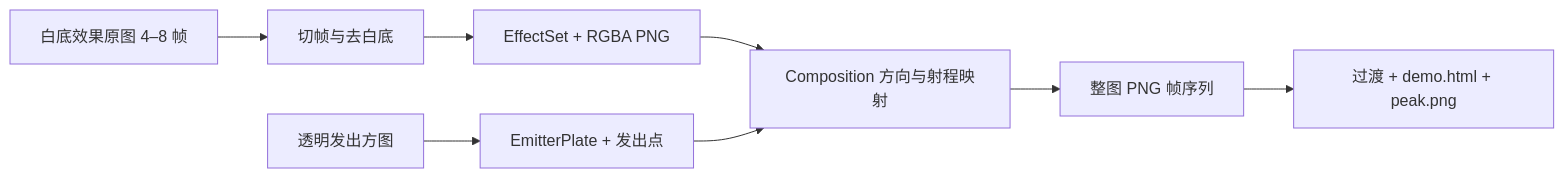
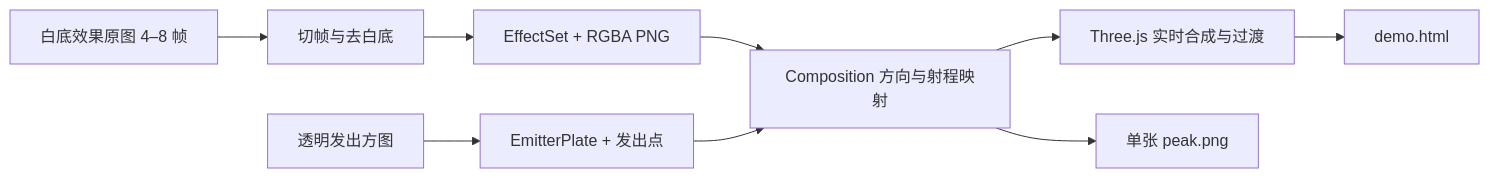
Before and after one commit to radarxc/jinyongqunxia: the diagram in docs/design/23-projection-vfx-pipeline.md, drawn with Mermaid. The commit also changed other lines of this file and 37 other files, not shown here.

````diff
--- a/docs/design/23-projection-vfx-pipeline.md
+++ b/docs/design/23-projection-vfx-pipeline.md
@@ -29,10 +29,11 @@
 ```mermaid
 flowchart LR
   A[白底效果原图 4–8 帧] --> B[切帧与去白底]
   B --> C[EffectSet + RGBA PNG]
   D[透明发出方图] --> E[EmitterPlate + 发出点]
   C --> F[Composition 方向与射程映射]
   E --> F
-  F --> G[整图 PNG 帧序列]
-  G --> H[过渡 + demo.html + peak.png]
+  F --> G[Three.js 实时合成与过渡]
+  G --> H[demo.html]
+  F --> I[单张 peak.png]
 ```
````
